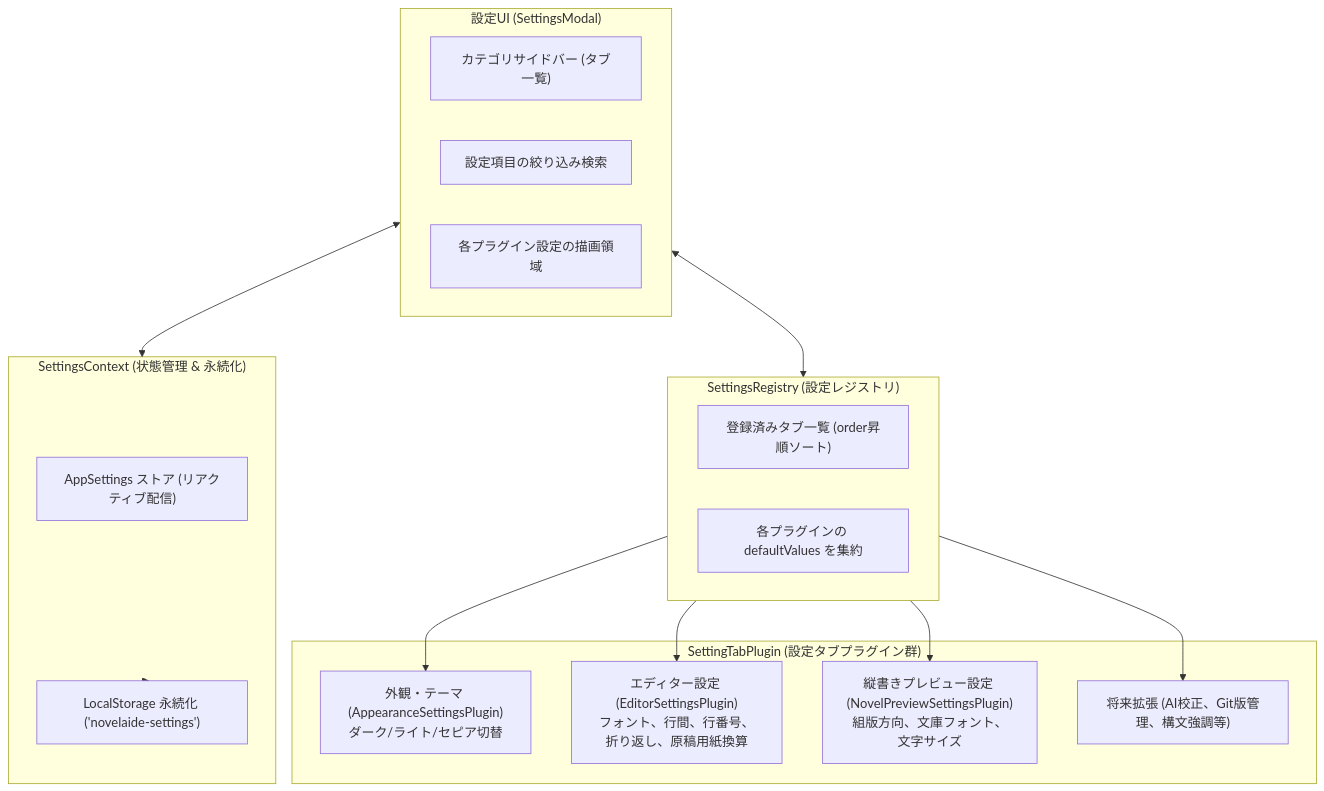
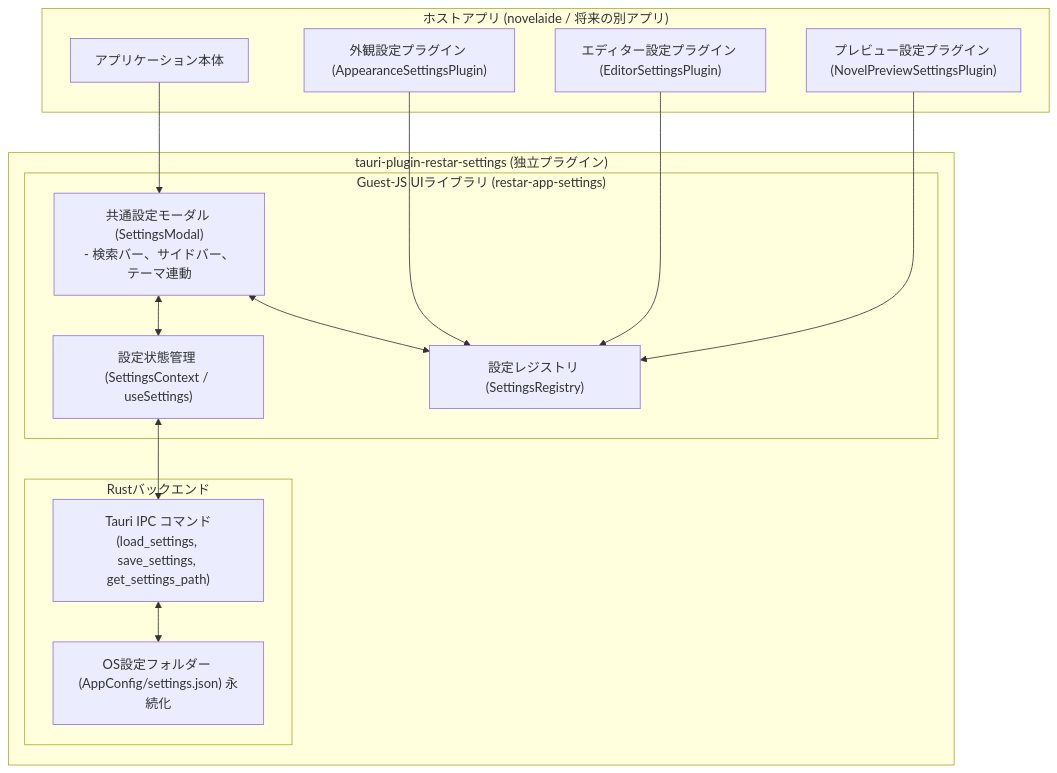
Before and after one commit to mituha/novelaide: the diagram in making/notes/14_設定プラグインアーキテクチャと設定モーダルの実装.md, drawn with Mermaid. The commit also changed other lines of this file and 59 other files, not shown here.

Commit message:
feat: 設定画面を独立プラグイン tauri-plugin-restar-settings (restar-app-settings) として完全分離 (v0.14.0)

````diff
--- a/making/notes/14_設定プラグインアーキテクチャと設定モーダルの実装.md
+++ b/making/notes/14_設定プラグインアーキテクチャと設定モーダルの実装.md
@@ -29,33 +29,30 @@
 ```mermaid
 flowchart TD
-    subgraph UI ["設定UI (SettingsModal)"]
-        Sidebar["カテゴリサイドバー (タブ一覧)"]
-        SearchFilter["設定項目の絞り込み検索"]
-        ContentArea["各プラグイン設定の描画領域"]
+    subgraph Plugin ["tauri-plugin-restar-settings (独立プラグイン)"]
+        subgraph Rust ["Rustバックエンド"]
+            Commands["Tauri IPC コマンド<br/>(load_settings, save_settings, get_settings_path)"]
+            OSStore["OS設定フォルダー (AppConfig/settings.json) 永続化"]
+        end
+        subgraph GuestJS ["Guest-JS UIライブラリ (restar-app-settings)"]
+            Modal["共通設定モーダル (SettingsModal)<br/>- 検索バー、サイドバー、テーマ連動"]
+            Registry["設定レジストリ (SettingsRegistry)"]
+            Context["設定状態管理 (SettingsContext / useSettings)"]
+        end
+        Commands <--> OSStore
+        Modal <--> Context
+        Modal <--> Registry
+        Context <--> Commands
     end
 
-    subgraph Hub ["SettingsRegistry (設定レジストリ)"]
-        TabList["登録済みタブ一覧 (order昇順ソート)"]
-        Defaults["各プラグインの defaultValues を集約"]
+    subgraph HostApp ["ホストアプリ (novelaide / 将来の別アプリ)"]
+        AppView["アプリケーション本体"]
+        P_Appearance["外観設定プラグイン (AppearanceSettingsPlugin)"]
+        P_Editor["エディター設定プラグイン (EditorSettingsPlugin)"]
+        P_Preview["プレビュー設定プラグイン (NovelPreviewSettingsPlugin)"]
     end
 
-    subgraph Context ["SettingsContext (状態管理 & 永続化)"]
-        State["AppSettings ストア (リアクティブ配信)"]
-        Storage["LocalStorage 永続化 ('novelaide-settings')"]
-    end
-
-    subgraph Plugins ["SettingTabPlugin (設定タブプラグイン群)"]
-        P1["外観・テーマ (AppearanceSettingsPlugin)<br/>ダーク/ライト/セピア切替"]
-        P2["エディター設定 (EditorSettingsPlugin)<br/>フォント、行間、行番号、折り返し、原稿用紙換算"]
-        P3["縦書きプレビュー設定 (NovelPreviewSettingsPlugin)<br/>組版方向、文庫フォント、文字サイズ"]
-        P4["将来拡張 (AI校正、Git版管理、構文強調等)"]
-    end
-
-    UI <--> Context
-    UI <--> Hub
-    Hub --> P1
-    Hub --> P2
-    Hub --> P3
-    Hub --> P4
-    Context --> Storage
+    AppView --> Modal
+    P_Appearance --> Registry
+    P_Editor --> Registry
+    P_Preview --> Registry
 ```
````
